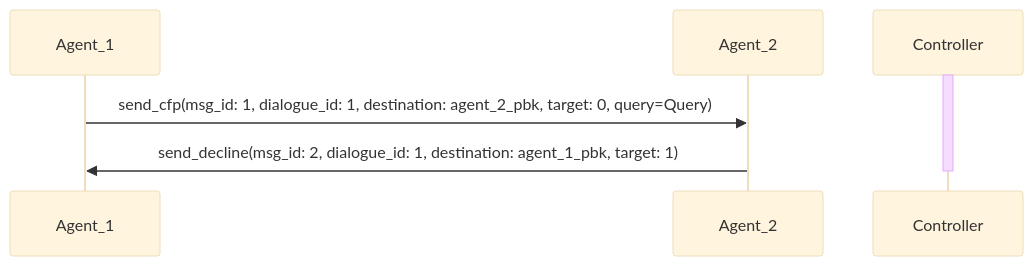
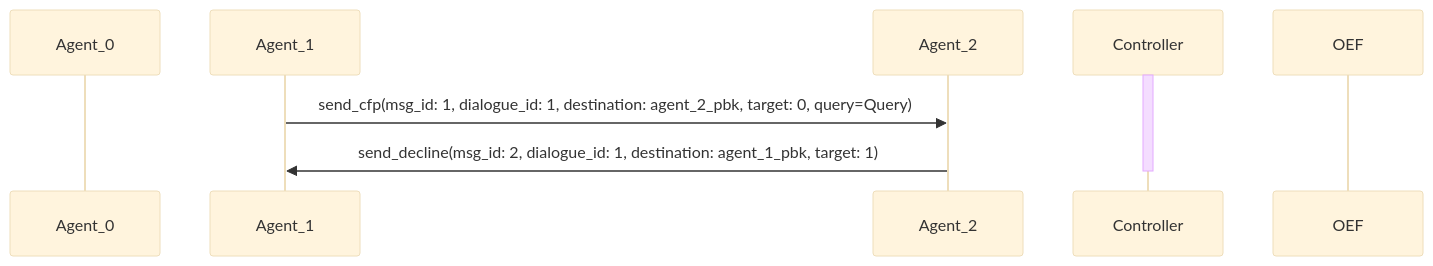
One commit to fetchai/agents-tac changed the diagram in docs/_static/diagrams/fipa_negotiation_3.mmd. Above: the diagram before and after it, drawn with Mermaid (base theme). The commit also changed 2 other files, not shown here.

Commit message:
Updates mermaid graphs

```diff
--- a/docs/_static/diagrams/fipa_negotiation_3.mmd
+++ b/docs/_static/diagrams/fipa_negotiation_3.mmd
@@ -1,9 +1,11 @@
 sequenceDiagram
+	participant Agent_0
 	participant Agent_1
     participant Agent_2
     participant Controller
+    participant OEF
 
     activate Controller
     Agent_1->>Agent_2: send_cfp(msg_id: 1, dialogue_id: 1, destination: agent_2_pbk, target: 0, query=Query)
     Agent_2->>Agent_1: send_decline(msg_id: 2, dialogue_id: 1, destination: agent_1_pbk, target: 1)
     deactivate Controller
```
